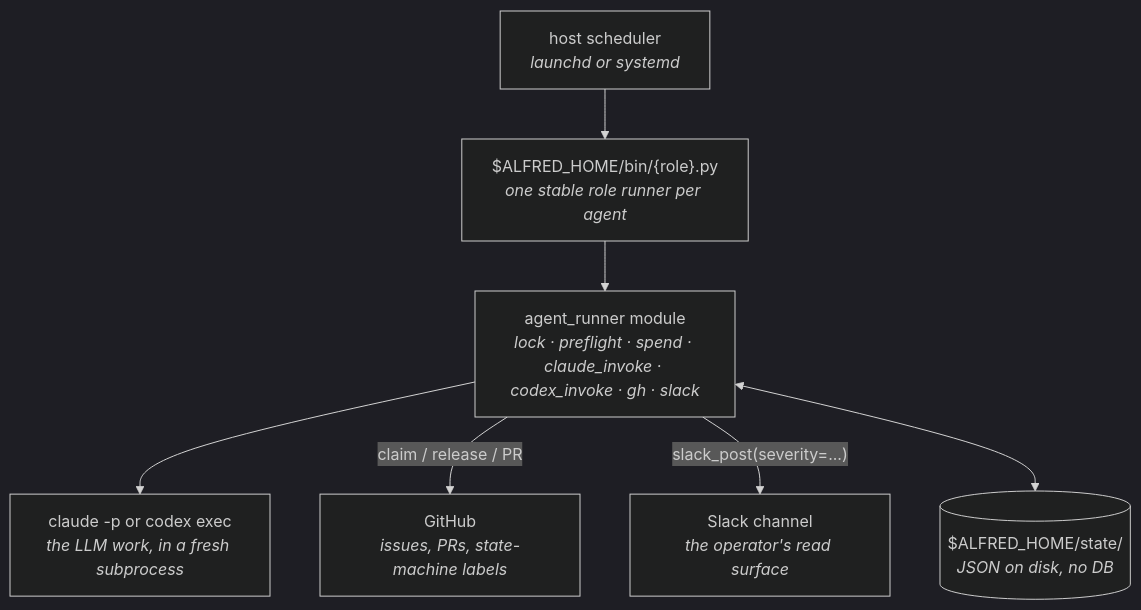
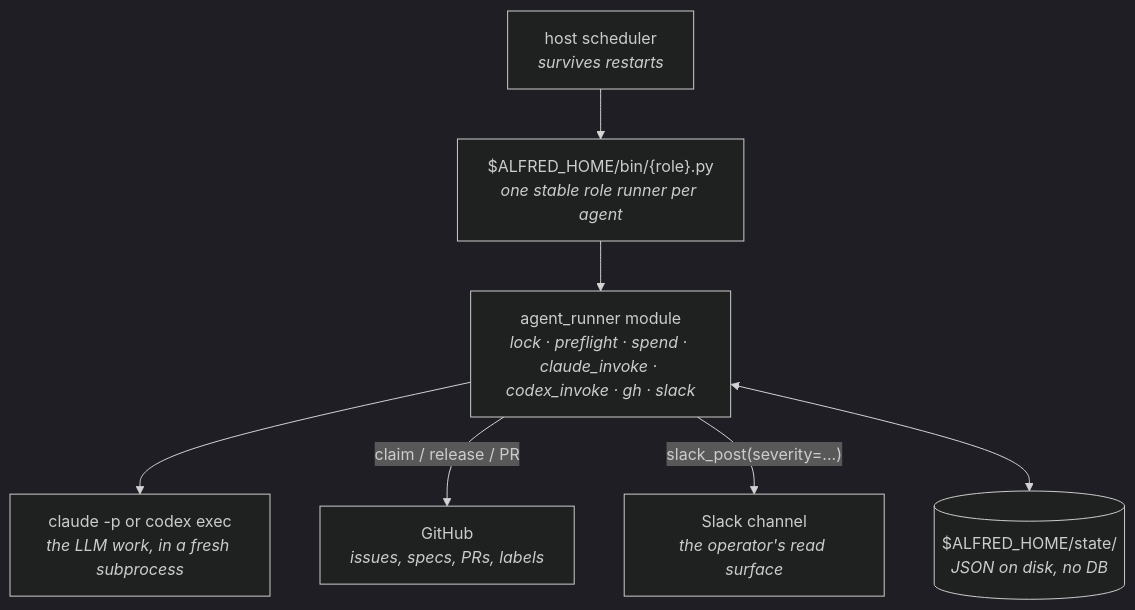
One commit to luminik-io/alfred-os changed the diagram in site/src/content/docs/index.mdx. Above: the diagram before and after it, drawn with Mermaid (dark theme). The commit also changed other lines of this file and 22 other files, not shown here.

````diff
--- a/site/src/content/docs/index.mdx
+++ b/site/src/content/docs/index.mdx
@@ -38,15 +38,15 @@
 ```mermaid
 flowchart TB
-    scheduler["host scheduler<br/><i>launchd or systemd</i>"]
+    scheduler["host scheduler<br/><i>survives restarts</i>"]
     role["$ALFRED_HOME/bin/{role}.py<br/><i>one stable role runner per agent</i>"]
     runner["agent_runner module<br/><i>lock · preflight · spend · claude_invoke · codex_invoke · gh · slack</i>"]
     engine["claude -p or codex exec<br/><i>the LLM work, in a fresh subprocess</i>"]
-    gh["GitHub<br/><i>issues, PRs, state-machine labels</i>"]
+    gh["GitHub<br/><i>issues, specs, PRs, labels</i>"]
     slack["Slack channel<br/><i>the operator's read surface</i>"]
     state[("$ALFRED_HOME/state/<br/><i>JSON on disk, no DB</i>")]
 
     scheduler --> role --> runner --> engine
     runner -- "claim / release / PR" --> gh
     runner -- "slack_post(severity=...)" --> slack
     runner <--> state
 ```
````
